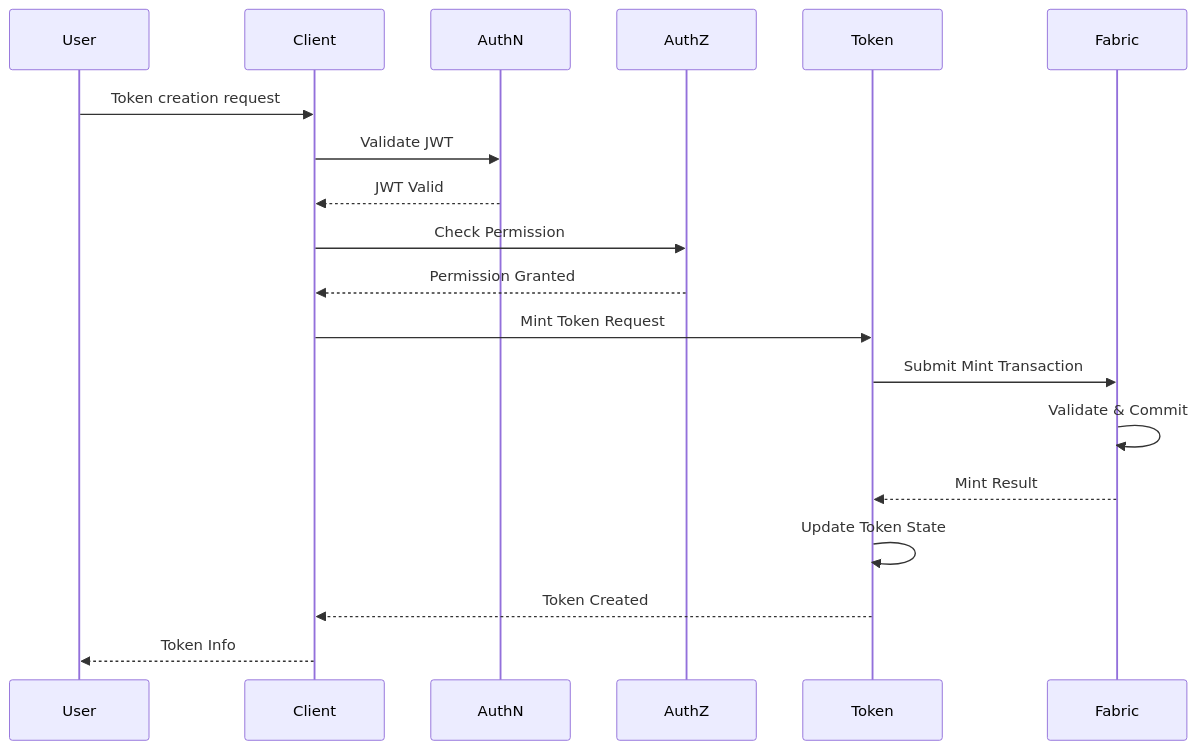
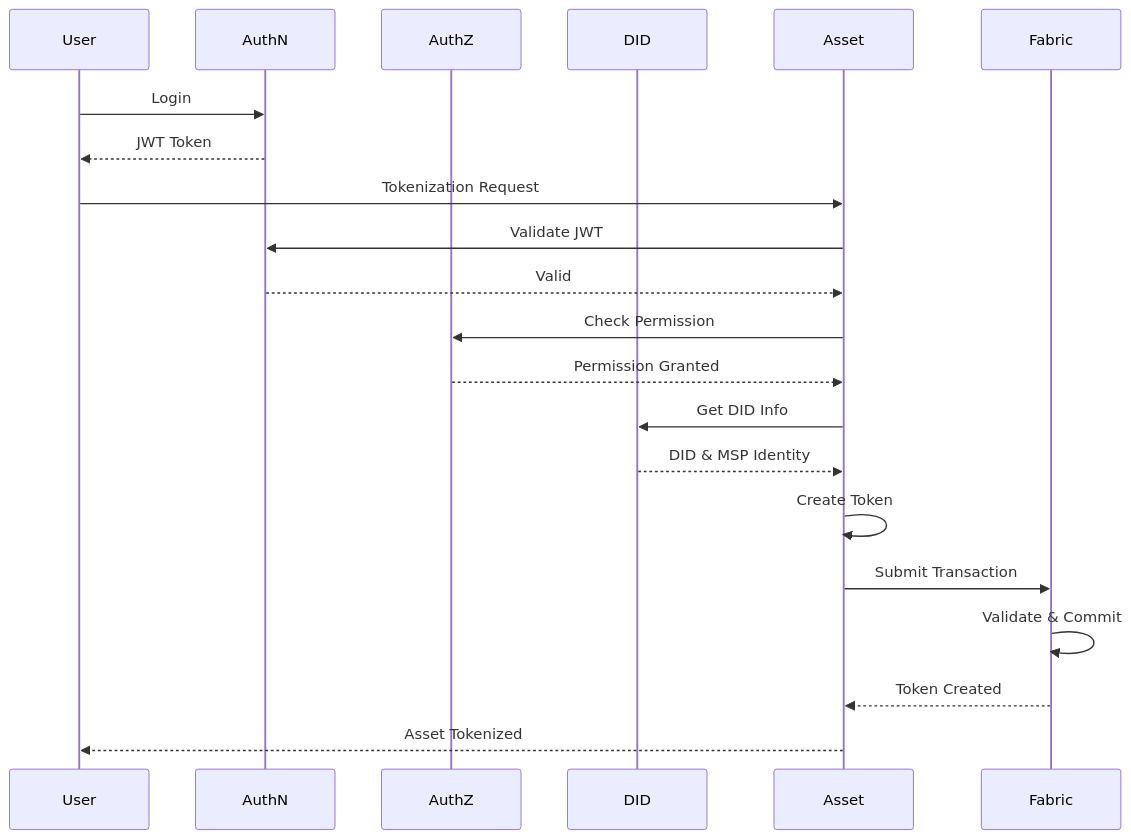
Before and after one commit to metafi-blockchain/metafi-digital-assets-service: the second of 6 diagrams in docs/rd.en.md, drawn with Mermaid. The commit also changed other lines of this file and 1 other file, not shown here.

````diff
--- a/docs/rd.en.md
+++ b/docs/rd.en.md
@@ -92,25 +105,29 @@
 ```mermaid
 sequenceDiagram
     participant User
-    participant Client
     participant AuthN
     participant AuthZ
-    participant Token
+    participant DID
+    participant Asset
     participant Fabric
     
-    User->>Client: Token creation request
-    Client->>AuthN: Validate JWT
-    AuthN-->>Client: JWT Valid
+    User->>AuthN: Login
+    AuthN-->>User: JWT Token
     
-    Client->>AuthZ: Check Permission
-    AuthZ-->>Client: Permission Granted
+    User->>Asset: Tokenization Request
+    Asset->>AuthN: Validate JWT
+    AuthN-->>Asset: Valid
     
-    Client->>Token: Mint Token Request
-    Token->>Fabric: Submit Mint Transaction
+    Asset->>AuthZ: Check Permission
+    AuthZ-->>Asset: Permission Granted
+    
+    Asset->>DID: Get DID Info
+    DID-->>Asset: DID & MSP Identity
+    
+    Asset->>Asset: Create Token
+    Asset->>Fabric: Submit Transaction
     Fabric->>Fabric: Validate & Commit
-    Fabric-->>Token: Mint Result
+    Fabric-->>Asset: Token Created
     
-    Token->>Token: Update Token State
-    Token-->>Client: Token Created
-    Client-->>User: Token Info
+    Asset-->>User: Asset Tokenized
 ```
````
